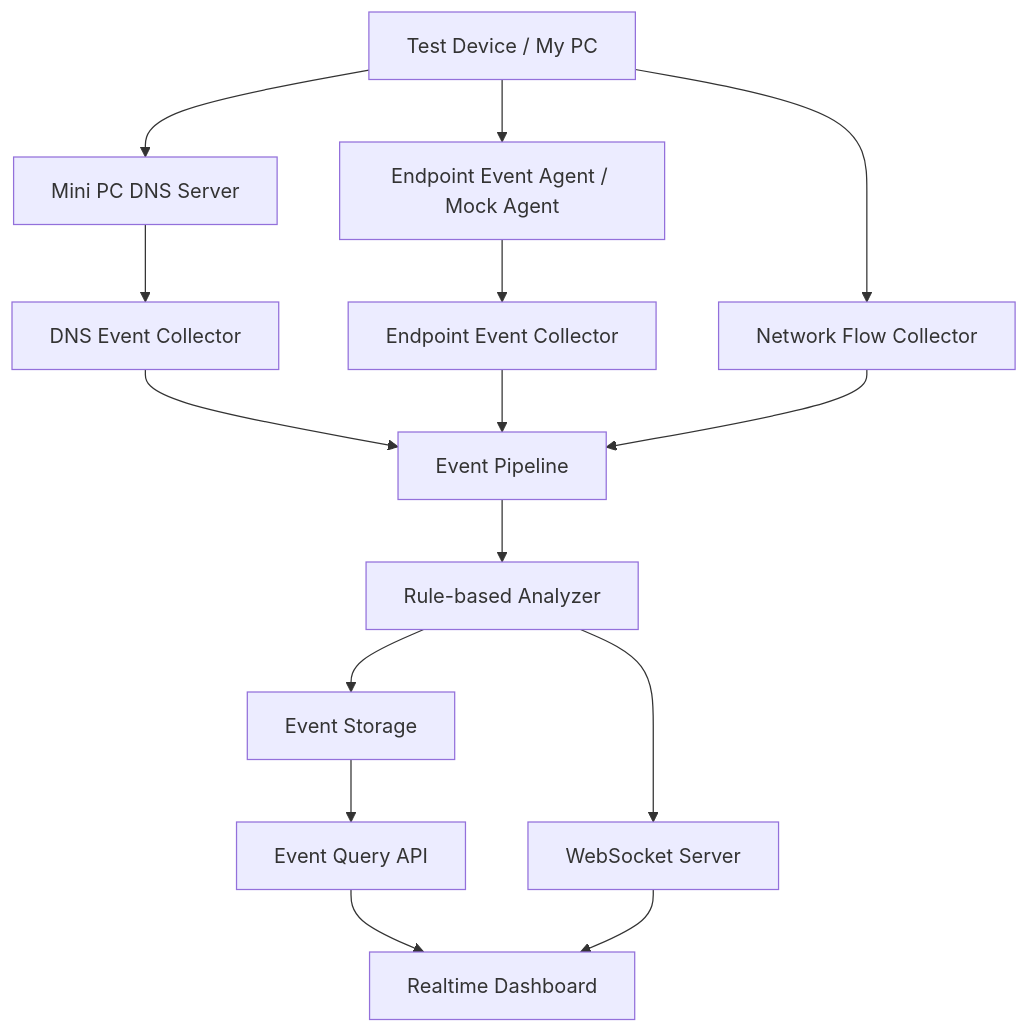
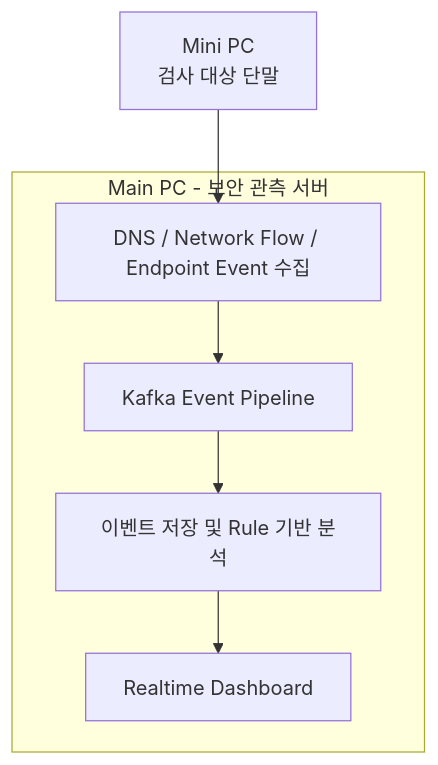
One commit to seoheejung/officeguard-lab changed the diagram in README.md. Above: the diagram before and after it, drawn with Mermaid. The commit also changed other lines of this file and 17 other files, not shown here.

````diff
--- a/README.md
+++ b/README.md
@@ -59,21 +62,16 @@
 ```mermaid
 flowchart TD
-    Client["Test Device / My PC"] --> DNS["Mini PC DNS Server"]
-    Client --> Agent["Endpoint Event Agent / Mock Agent"]
-    Client --> FlowCollector["Network Flow Collector"]
+    MiniPC["Mini PC<br/>검사 대상 단말"]
 
-    DNS --> DNSCollector["DNS Event Collector"]
-    Agent --> EndpointCollector["Endpoint Event Collector"]
+    subgraph MainPC["Main PC - 보안 관측 서버"]
+        Collector["DNS / Network Flow / Endpoint Event 수집"]
+        Pipeline["Kafka Event Pipeline"]
+        Processing["이벤트 저장 및 Rule 기반 분석"]
+        Dashboard["Realtime Dashboard"]
+    end
 
-    DNSCollector --> Pipeline["Event Pipeline"]
-    EndpointCollector --> Pipeline
-    FlowCollector --> Pipeline
-
-    Pipeline --> Analyzer["Rule-based Analyzer"]
-    Analyzer --> Storage["Event Storage"]
-    Analyzer --> WebSocket["WebSocket Server"]
-
-    Storage --> API["Event Query API"]
-    API --> Dashboard["Realtime Dashboard"]
-    WebSocket --> Dashboard
+    MiniPC --> Collector
+    Collector --> Pipeline
+    Pipeline --> Processing
+    Processing --> Dashboard
 ```
````
